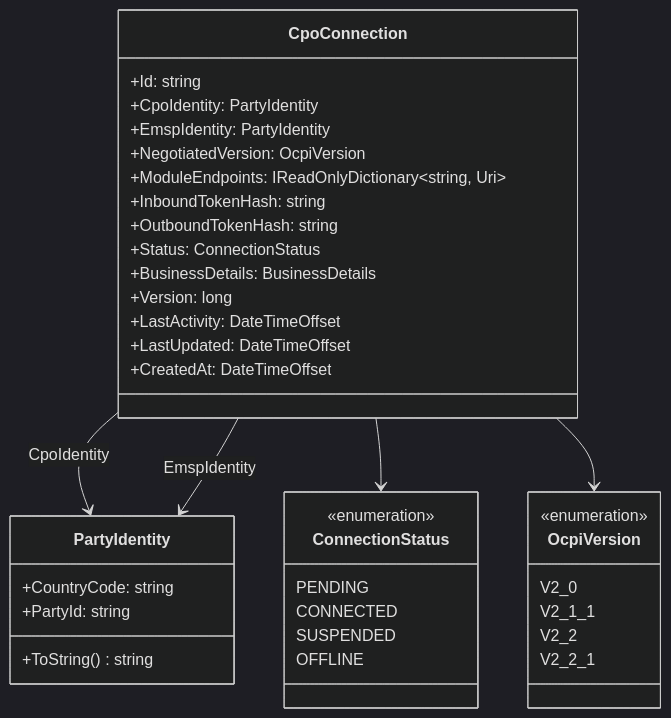
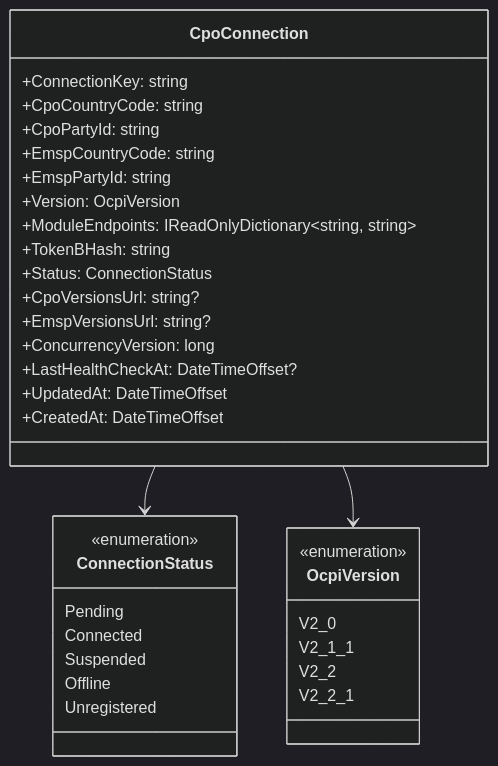
The first of 14 diagrams in docs/cpo-registry.md (hannan-m/DotOcpi), drawn with Mermaid (dark theme) before and after one commit. The commit also changed other lines of this file and 5 other files, not shown here.

````diff
--- a/docs/cpo-registry.md
+++ b/docs/cpo-registry.md
@@ -21,45 +21,40 @@
 ```mermaid
 classDiagram
     class CpoConnection {
-        +Id: string
-        +CpoIdentity: PartyIdentity
-        +EmspIdentity: PartyIdentity
-        +NegotiatedVersion: OcpiVersion
-        +ModuleEndpoints: IReadOnlyDictionary~string, Uri~
-        +InboundTokenHash: string
-        +OutboundTokenHash: string
+        +ConnectionKey: string
+        +CpoCountryCode: string
+        +CpoPartyId: string
+        +EmspCountryCode: string
+        +EmspPartyId: string
+        +Version: OcpiVersion
+        +ModuleEndpoints: IReadOnlyDictionary~string, string~
+        +TokenBHash: string
         +Status: ConnectionStatus
-        +BusinessDetails: BusinessDetails
-        +Version: long
-        +LastActivity: DateTimeOffset
-        +LastUpdated: DateTimeOffset
+        +CpoVersionsUrl: string?
+        +EmspVersionsUrl: string?
+        +ConcurrencyVersion: long
+        +LastHealthCheckAt: DateTimeOffset?
+        +UpdatedAt: DateTimeOffset
         +CreatedAt: DateTimeOffset
-    }
-
-    class PartyIdentity {
-        +CountryCode: string
-        +PartyId: string
-        +ToString() string
     }
 
     class ConnectionStatus {
         <<enumeration>>
-        PENDING
-        CONNECTED
-        SUSPENDED
-        OFFLINE
+        Pending
+        Connected
+        Suspended
+        Offline
+        Unregistered
     }
 
     class OcpiVersion {
         <<enumeration>>
         V2_0
         V2_1_1
         V2_2
         V2_2_1
     }
 
-    CpoConnection --> PartyIdentity : CpoIdentity
-    CpoConnection --> PartyIdentity : EmspIdentity
     CpoConnection --> ConnectionStatus
     CpoConnection --> OcpiVersion
 ```
````
